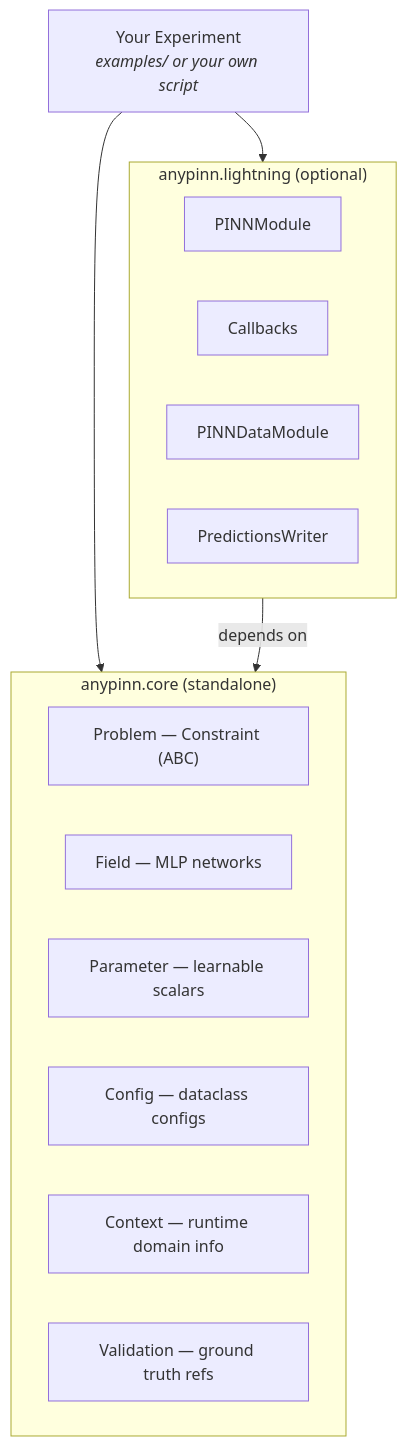
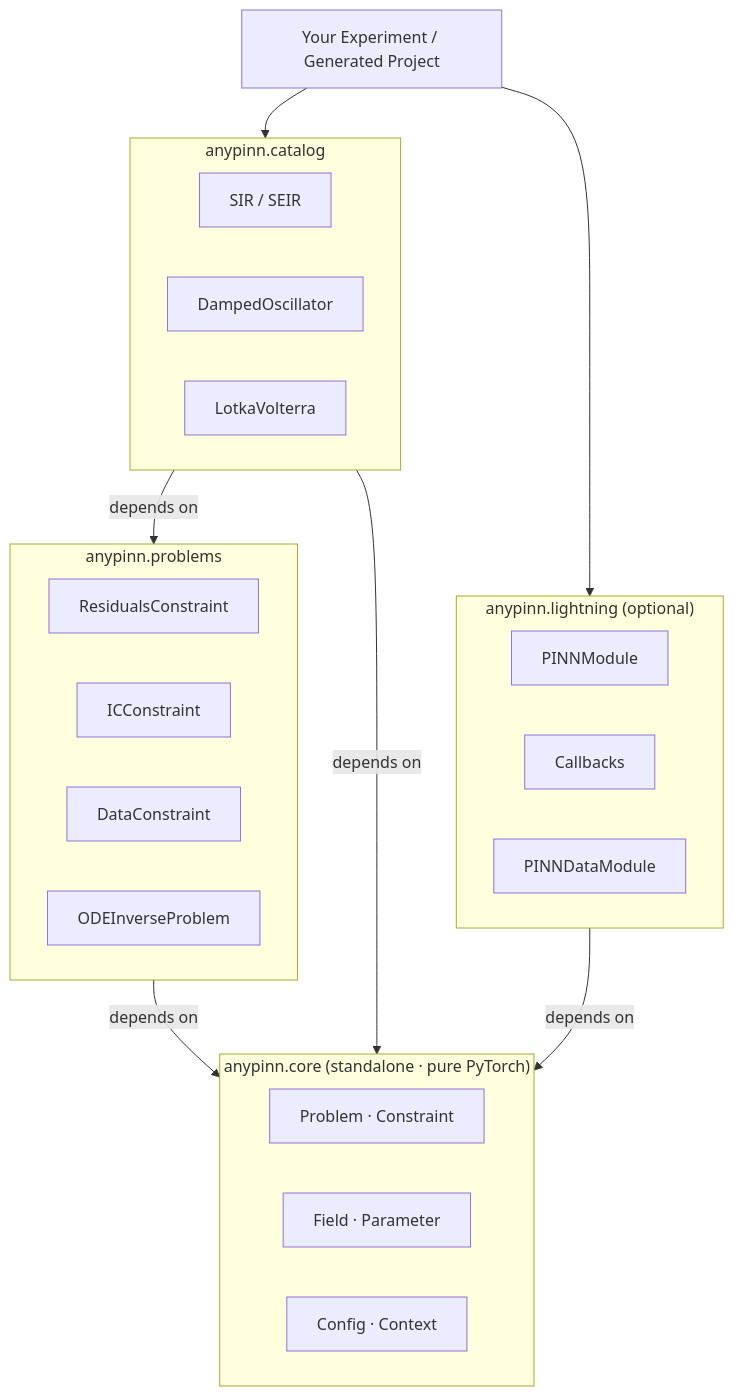
One commit to giacomoguidotto/anypinn changed the diagram in README.md. Above: the diagram before and after it, drawn with Mermaid. The commit also changed other lines of this file and 1 other file, not shown here.

````diff
--- a/README.md
+++ b/README.md
@@ -34,27 +168,41 @@
 ```mermaid
 graph TD
-    EXP["Your Experiment<br/><i>examples/ or your own script</i>"]
+    EXP["Your Experiment / Generated Project"]
 
+    EXP --> CAT
     EXP --> LIT
-    EXP --> CORE
+
+    subgraph CAT["anypinn.catalog"]
+        direction LR
+        CA1[SIR / SEIR]
+        CA2[DampedOscillator]
+        CA3[LotkaVolterra]
+    end
 
     subgraph LIT["anypinn.lightning (optional)"]
         direction LR
         L1[PINNModule]
         L2[Callbacks]
         L3[PINNDataModule]
-        L4[PredictionsWriter]
     end
 
-    subgraph CORE["anypinn.core (standalone)"]
+    subgraph PROB["anypinn.problems"]
         direction LR
-        C1["Problem — Constraint (ABC)"]
-        C2["Field — MLP networks"]
-        C3["Parameter — learnable scalars"]
-        C4["Config — dataclass configs"]
-        C5["Context — runtime domain info"]
-        C6["Validation — ground truth refs"]
+        P1[ResidualsConstraint]
+        P2[ICConstraint]
+        P3[DataConstraint]
+        P4[ODEInverseProblem]
     end
 
+    subgraph CORE["anypinn.core (standalone · pure PyTorch)"]
+        direction LR
+        C1[Problem · Constraint]
+        C2[Field · Parameter]
+        C3[Config · Context]
+    end
+
+    CAT -->|depends on| PROB
+    CAT -->|depends on| CORE
     LIT -->|depends on| CORE
+    PROB -->|depends on| CORE
 ```
````
